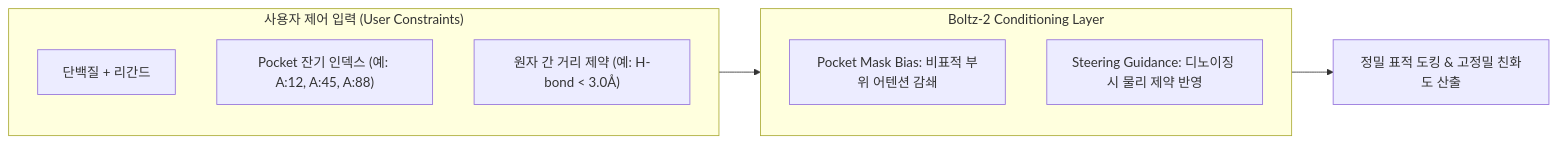
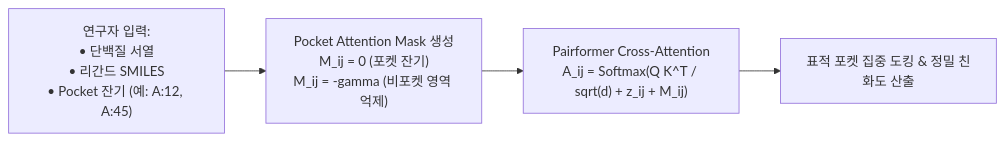
The second of 2 diagrams in content/posts/PaperReview/2026-10-05-Boltz-2-towards-accurate-and-efficient-binding-affinity-prediction.md (sehooni/sehooni.github.io), drawn with Mermaid before and after one commit. The commit also changed other lines of this file and 2 other files, not shown here.

Commit message:
feat: add paper review posts on Boltz-1 and Boltz-2 with updated RSS feed

````diff
--- a/content/posts/PaperReview/2026-10-05-Boltz-2-towards-accurate-and-efficient-binding-affinity-prediction.md
+++ b/content/posts/PaperReview/2026-10-05-Boltz-2-towards-accurate-and-efficient-binding-affinity-prediction.md
@@ -135,16 +217,6 @@
 ```mermaid
 flowchart LR
-    subgraph Inputs["사용자 제어 입력 (User Constraints)"]
-        Seq["단백질 + 리간드"]
-        Pock["Pocket 잔기 인덱스 (예: A:12, A:45, A:88)"]
-        Dist["원자 간 거리 제약 (예: H-bond < 3.0Å)"]
-    end
-
-    subgraph Conditioning["Boltz-2 Conditioning Layer"]
-        PockBias["Pocket Mask Bias: 비표적 부위 어텐션 감쇄"]
-        DistLoss["Steering Guidance: 디노이징 시 물리 제약 반영"]
-    end
-
-    Inputs --> Conditioning
-    Conditioning --> Model["정밀 표적 도킹 & 고정밀 친화도 산출"]
+    User["연구자 입력:<br/>• 단백질 서열<br/>• 리간드 SMILES<br/>• Pocket 잔기 (예: A:12, A:45)"] --> Mask["Pocket Attention Mask 생성<br/>M_ij = 0 (포켓 잔기)<br/>M_ij = -gamma (비포켓 영역 억제)"]
+    Mask --> Pairformer["Pairformer Cross-Attention<br/>A_ij = Softmax(Q K^T / sqrt(d) + z_ij + M_ij)"]
+    Pairformer --> GuidedDock["표적 포켓 집중 도킹 & 정밀 친화도 산출"]
 ```
````
